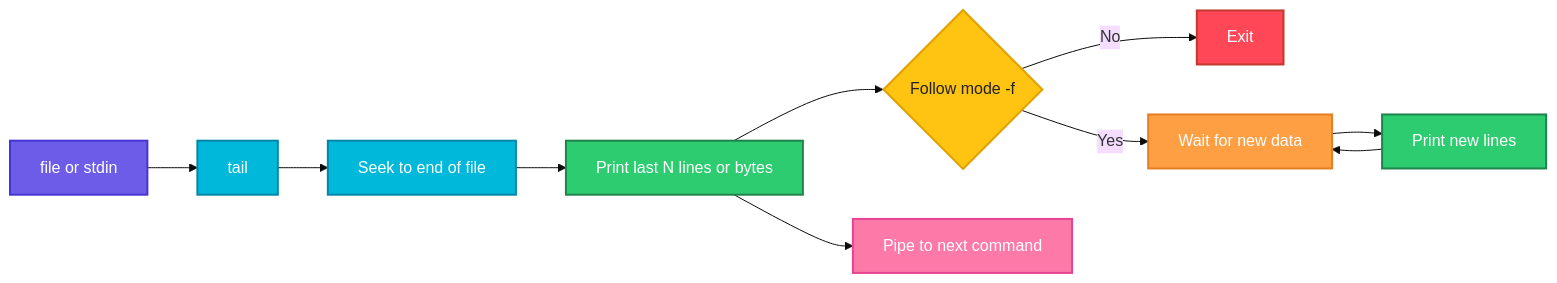
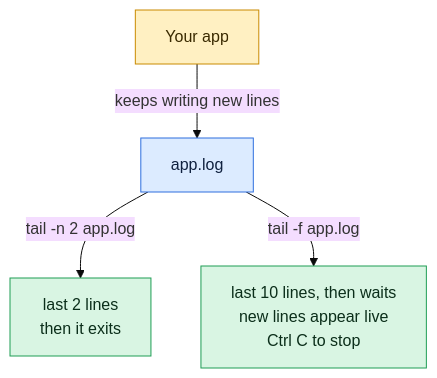
Before and after one commit to codeKerdosTech/DevOps-Documentation: the diagram in linux/file-management/tail.md, drawn with Mermaid (base theme). The commit also changed other lines of this file and 165 other files, not shown here.

Commit message:
updated diagrams in linux

````diff
--- a/linux/file-management/tail.md
+++ b/linux/file-management/tail.md
@@ -14,26 +14,14 @@
 ```mermaid
-flowchart LR
-    A[file or stdin] --> B[tail]
-    B --> C[Seek to end of file]
-    C --> D[Print last N lines or bytes]
-    D --> E{Follow mode -f}
-    E -->|No| F[Exit]
-    E -->|Yes| G[Wait for new data]
-    G --> H[Print new lines]
-    H --> G
-    D --> I[Pipe to next command]
-    classDef start fill:#6C5CE7,stroke:#4834D4,stroke-width:2px,color:#fff
-    classDef proc fill:#00B8D9,stroke:#0087A8,stroke-width:2px,color:#fff
-    classDef dec fill:#FFC312,stroke:#E1A100,stroke-width:2px,color:#222
-    classDef ok fill:#2ECC71,stroke:#1E8449,stroke-width:2px,color:#fff
-    classDef err fill:#FF4757,stroke:#C0392B,stroke-width:2px,color:#fff
-    classDef out fill:#FD79A8,stroke:#E84393,stroke-width:2px,color:#fff
-    classDef alt fill:#FF9F43,stroke:#E67E22,stroke-width:2px,color:#fff
-    class A start
-    class B,C proc
-    class E dec
-    class F err
-    class D,H ok
-    class G alt
-    class I out
+flowchart TD
+    c1[Your app] -->|keeps writing new lines| i1[app.log]
+    i1 -->|tail -n 2 app.log| o1[last 2 lines<br/>then it exits]
+    i1 -->|tail -f app.log| o2[last 10 lines, then waits<br/>new lines appear live<br/>Ctrl C to stop]
+    classDef inp fill:#DCEBFF,stroke:#2F6FDE,color:#10213F
+    classDef cmd fill:#FFF0C2,stroke:#C98A00,color:#3A2A00
+    classDef out fill:#D9F5E3,stroke:#1F9D55,color:#0B2E1A
+    classDef bad fill:#FDE0E0,stroke:#D13B3B,color:#4A0F0F
+    classDef note fill:#ECEFF3,stroke:#7B8794,color:#1F2933
+    class c1 cmd
+    class i1 inp
+    class o1,o2 out
 ```
````
